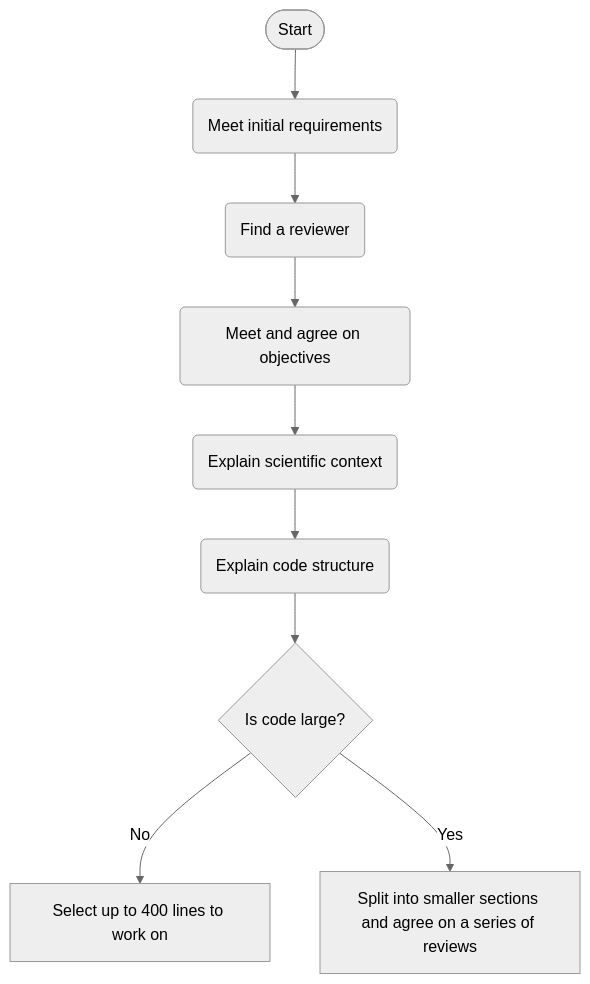
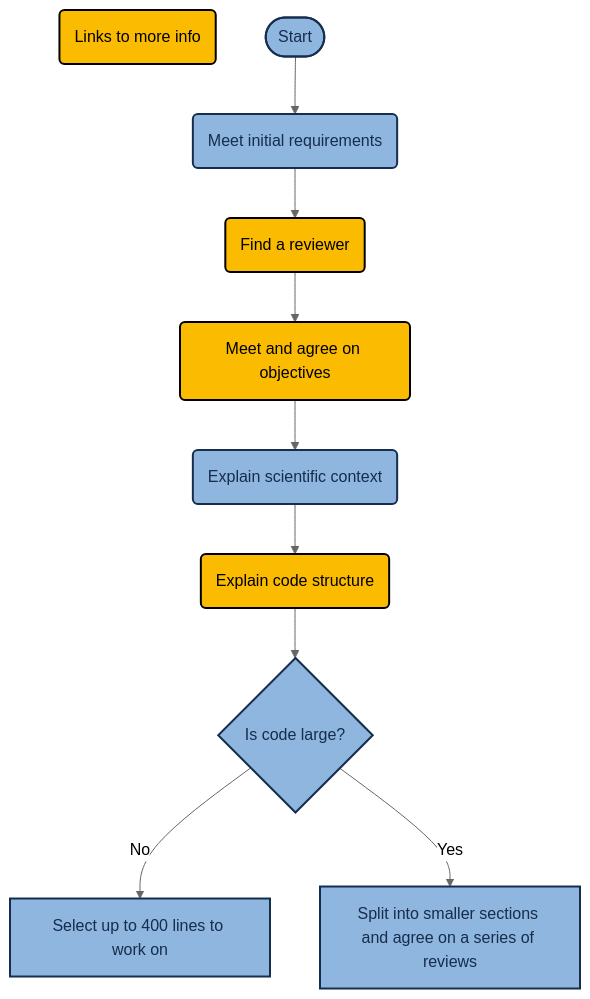
Before and after one commit to ResearchCodeReviewCommunity/dev-review: the diagram in site/content/flowcharts/lonecoder.md, drawn with Mermaid (neutral theme).

Commit message:
Add basic styling & lone box indicating which are links

```diff
--- a/site/content/flowcharts/lonecoder.md
+++ b/site/content/flowcharts/lonecoder.md
@@ -7,15 +7,20 @@
 {{< mermaid >}}
 graph TD;
+  Link(Links to more info)
   A([Start]) --> B(Meet initial requirements)
   B --> C(Find a reviewer)
   C --> D(Meet and agree on objectives)
   D --> E(Explain scientific context)
   E --> F(Explain code structure)
   F --> G{Is code large?}
   G -- No --> H[Select up to 400 lines to work on]
   G -- Yes --> I[Split into smaller sections and agree on a series of reviews]
 
   click C "https://researchcodereviewcommunity.github.io/dev-review/recipes/find_a_reviewer/" "Find a reviewer"
   click D "https://researchcodereviewcommunity.github.io/dev-review/recipes/meet_and_agree_on_objectives/" "Meet and agree on objectives"
   click F "https://researchcodereviewcommunity.github.io/dev-review/recipes/explain_code_structure/" "Explain code structure"
+
+  classDef linkedBox fill:#FABB00,stroke:#000,stroke-width:2px,color:#000;
+  classDef default fill:#8EB6DE,stroke:#162D4D,stroke-width:2px,color:#162D4D;
+  class Link,C,D,F linkedBox
 {{< /mermaid >}}
```
